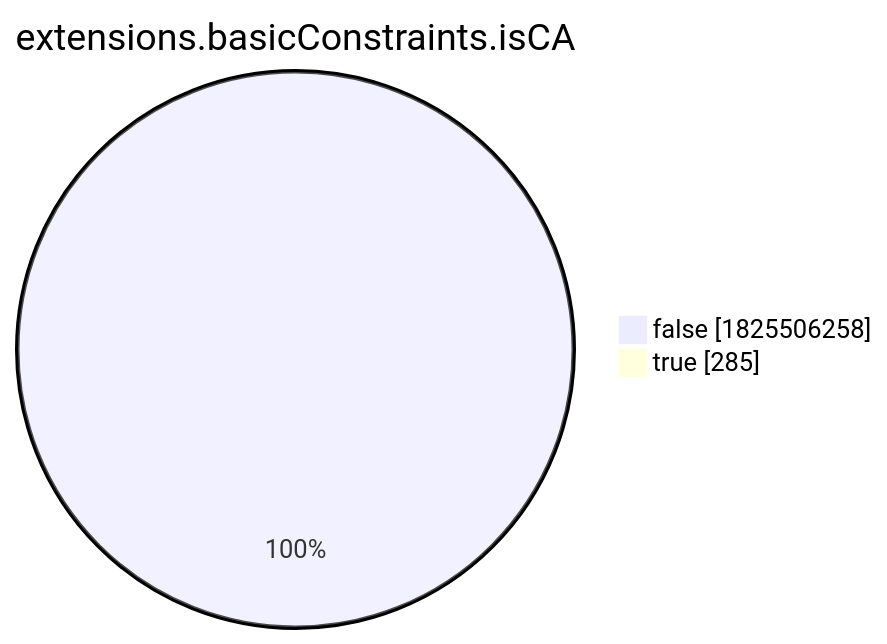
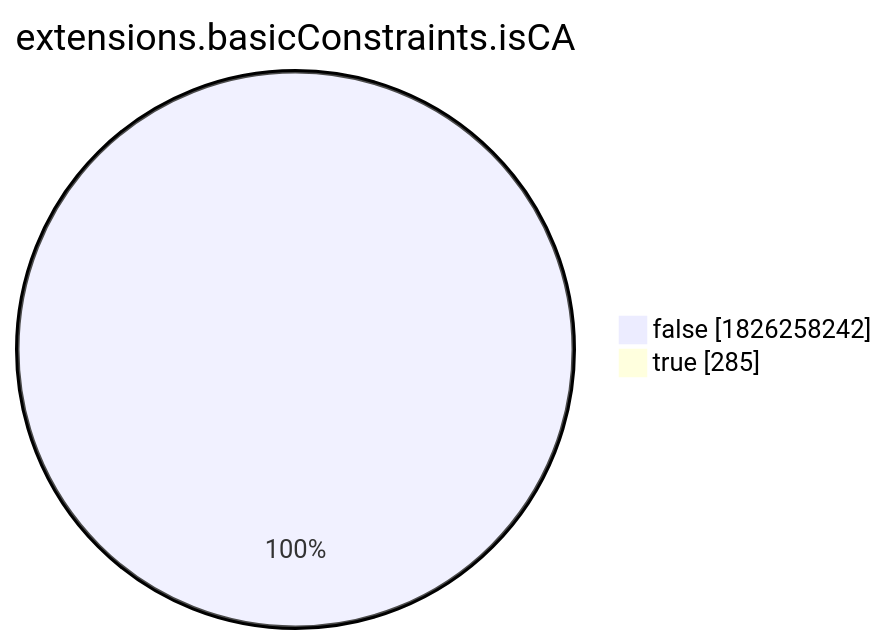
Before and after one commit to christiankrug/ctmonitor_visualization: the eighth of 15 diagrams in xenon2022/README.md, drawn with Mermaid. The commit also changed other lines of this file, not shown here.

````diff
--- a/xenon2022/README.md
+++ b/xenon2022/README.md
@@ -2868,6 +2868,6 @@
 ```mermaid
 pie showData
 title extensions.basicConstraints.isCA
-"false" :1825506258
+"false" :1826258242
 "true" :285
 ```
````
